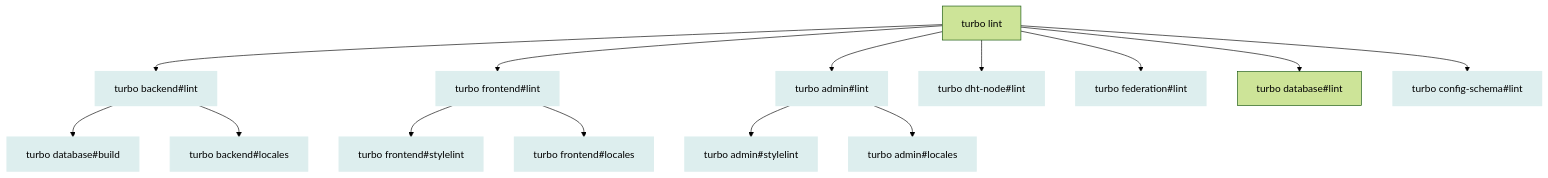
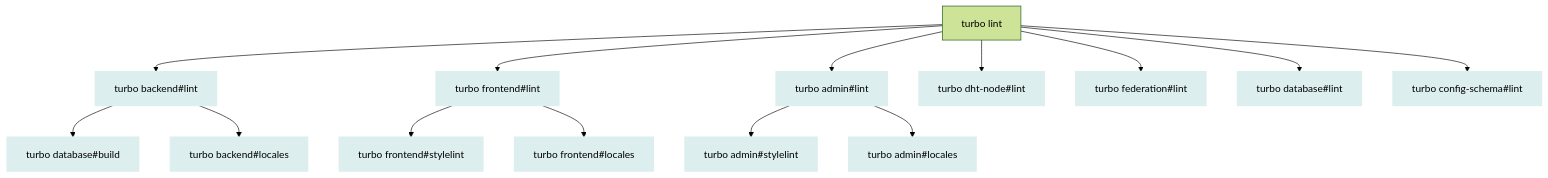
Before and after one commit to gradido/gradido: the fifth of 8 diagrams in working-native.md, drawn with Mermaid (forest theme).

````diff
--- a/working-native.md
+++ b/working-native.md
@@ -185,46 +185,46 @@
 ```mermaid
 graph TD;
     %% Colors
     classDef cached fill:#dee,stroke:#dee,stroke-width:2px;
     classDef default fill:bbb,stroke:ccc,stroke-width:1px;
     
     %% Root
     TLint[turbo lint] --> BLint[turbo backend#lint]
     TLint --> FRLint[turbo frontend#lint]
     TLint --> ALint[turbo admin#lint]
     TLint --> DLint[turbo dht-node#lint]
     TLint --> FELint[turbo federation#lint]
     TLint --> DALint[turbo database#lint]
     TLint --> CLint[turbo config-schema#lint]
 
     class TLint default
     class BLint cached
     class FRLint cached
     class ALint cached
     class DLint cached
     class FELint cached
-    class DAlint cached
+    class DALint cached
     class CLint cached
     
     %% Backend
     BLint --> DBuild[turbo database#build]
     BLint --> BLocales[turbo backend#locales]
 
     class DBuild cached
     class BLocales cached
 
     %% Frontend
     FRLint --> FStyle[turbo frontend#stylelint]
     FRLint --> FLocales[turbo frontend#locales]
 
     class FStyle cached
     class FLocales cached
 
     %% Admin
     ALint --> AStyle[turbo admin#stylelint]
     ALint --> ALocales[turbo admin#locales]
 
     class AStyle cached
     class ALocales cached
 
 ```
````
